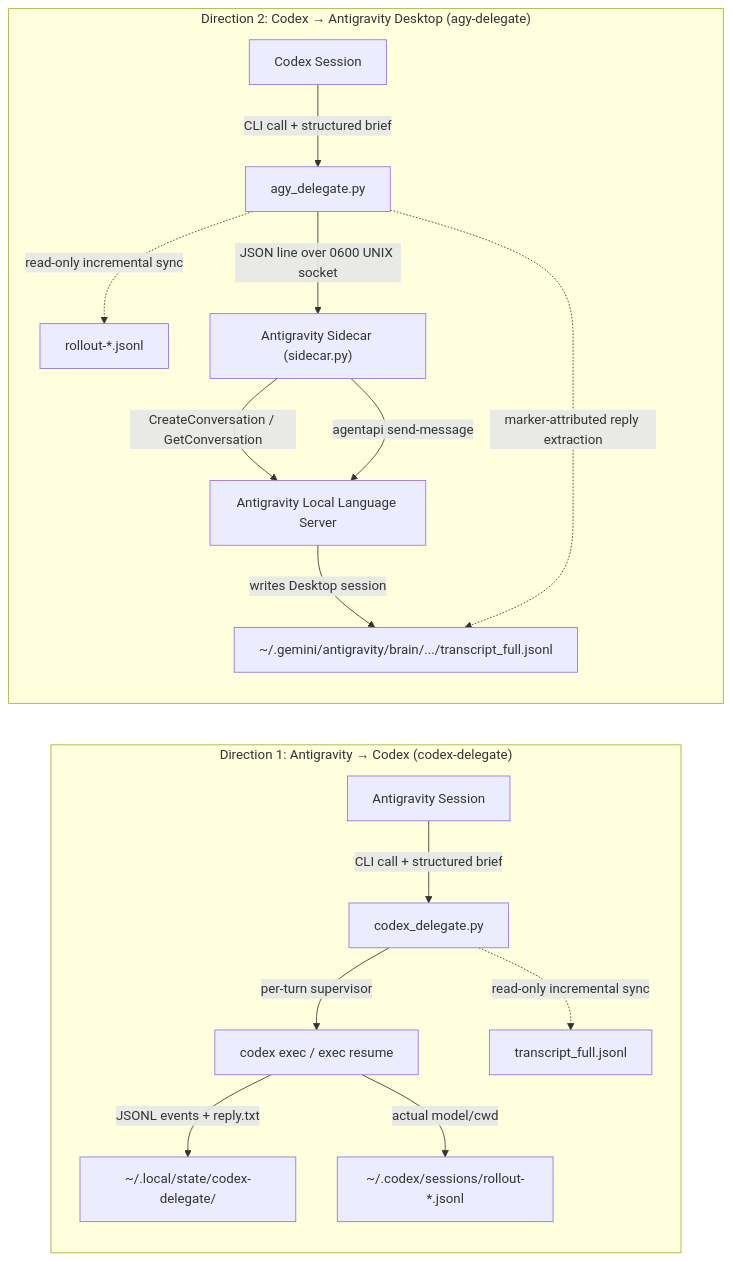
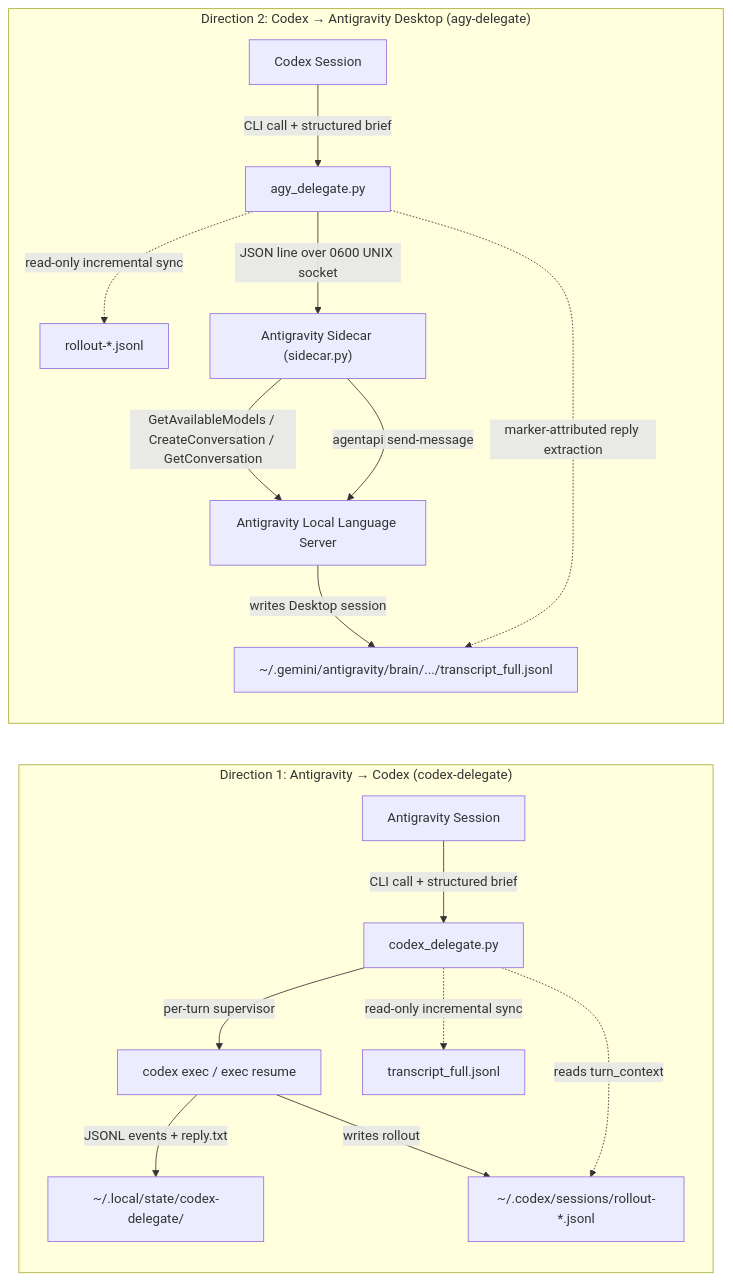
One commit to Al-assad/codex-antigravity-delegate changed the first of 3 diagrams in README.md. Above: the diagram before and after it, drawn with Mermaid. The commit also changed other lines of this file and 5 other files, not shown here.

````diff
--- a/README.md
+++ b/README.md
@@ -206,20 +240,21 @@
 ```mermaid
 flowchart LR
     subgraph AGY_TO_CODEX["Direction 1: Antigravity → Codex (codex-delegate)"]
         A1["Antigravity Session"] -->|"CLI call + structured brief"| C1["codex_delegate.py"]
         C1 -->|"per-turn supervisor"| C2["codex exec / exec resume"]
         C1 -.->|"read-only incremental sync"| L1["transcript_full.jsonl"]
         C2 -->|"JSONL events + reply.txt"| S1["~/.local/state/codex-delegate/"]
-        C2 -->|"actual model/cwd"| R1["~/.codex/sessions/rollout-*.jsonl"]
+        C2 -->|"writes rollout"| R1["~/.codex/sessions/rollout-*.jsonl"]
+        C1 -.->|"reads turn_context"| R1
     end
 
     subgraph CODEX_TO_AGY["Direction 2: Codex → Antigravity Desktop (agy-delegate)"]
         X1["Codex Session"] -->|"CLI call + structured brief"| D1["agy_delegate.py"]
         D1 -.->|"read-only incremental sync"| R2["rollout-*.jsonl"]
         D1 -->|"JSON line over 0600 UNIX socket"| SC["Antigravity Sidecar (sidecar.py)"]
-        SC -->|"CreateConversation / GetConversation"| LS["Antigravity Local Language Server"]
+        SC -->|"GetAvailableModels / CreateConversation / GetConversation"| LS["Antigravity Local Language Server"]
         SC -->|"agentapi send-message"| LS
         LS -->|"writes Desktop session"| L2["~/.gemini/antigravity/brain/.../transcript_full.jsonl"]
         D1 -.->|"marker-attributed reply extraction"| L2
     end
 ```
````
